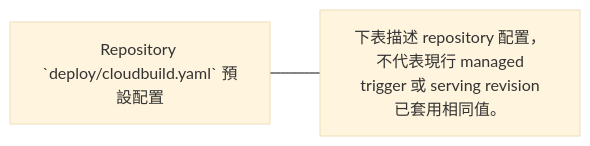
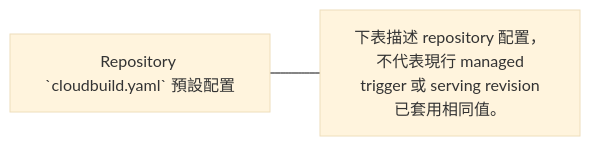
Before and after one commit to 963sup/line-mini-app-bot: the fifth of 19 diagrams in docs/operations/cloud-run.md, drawn with Mermaid (base theme). The commit also changed other lines of this file and 22 other files, not shown here.

````diff
--- a/docs/operations/cloud-run.md
+++ b/docs/operations/cloud-run.md
@@ -60,5 +66,5 @@
 ```mermaid
 flowchart LR
-  h["Repository #96;deploy/cloudbuild.yaml#96; 預設配置"]
+  h["Repository #96;cloudbuild.yaml#96; 預設配置"]
   h --- n0["下表描述 repository 配置，不代表現行 managed<br/> trigger 或 serving revision 已套用相同值。"]
 ```
````
